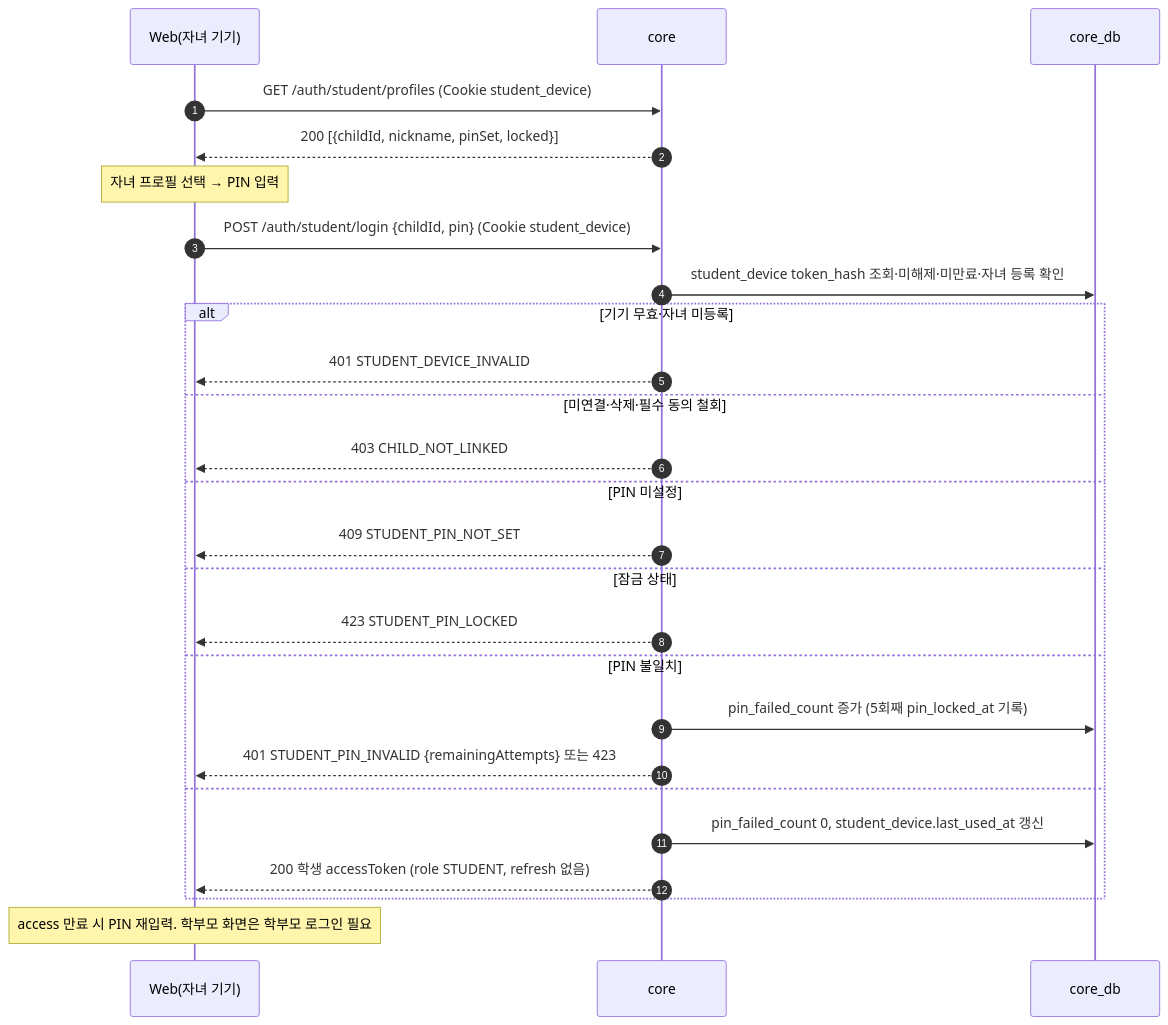
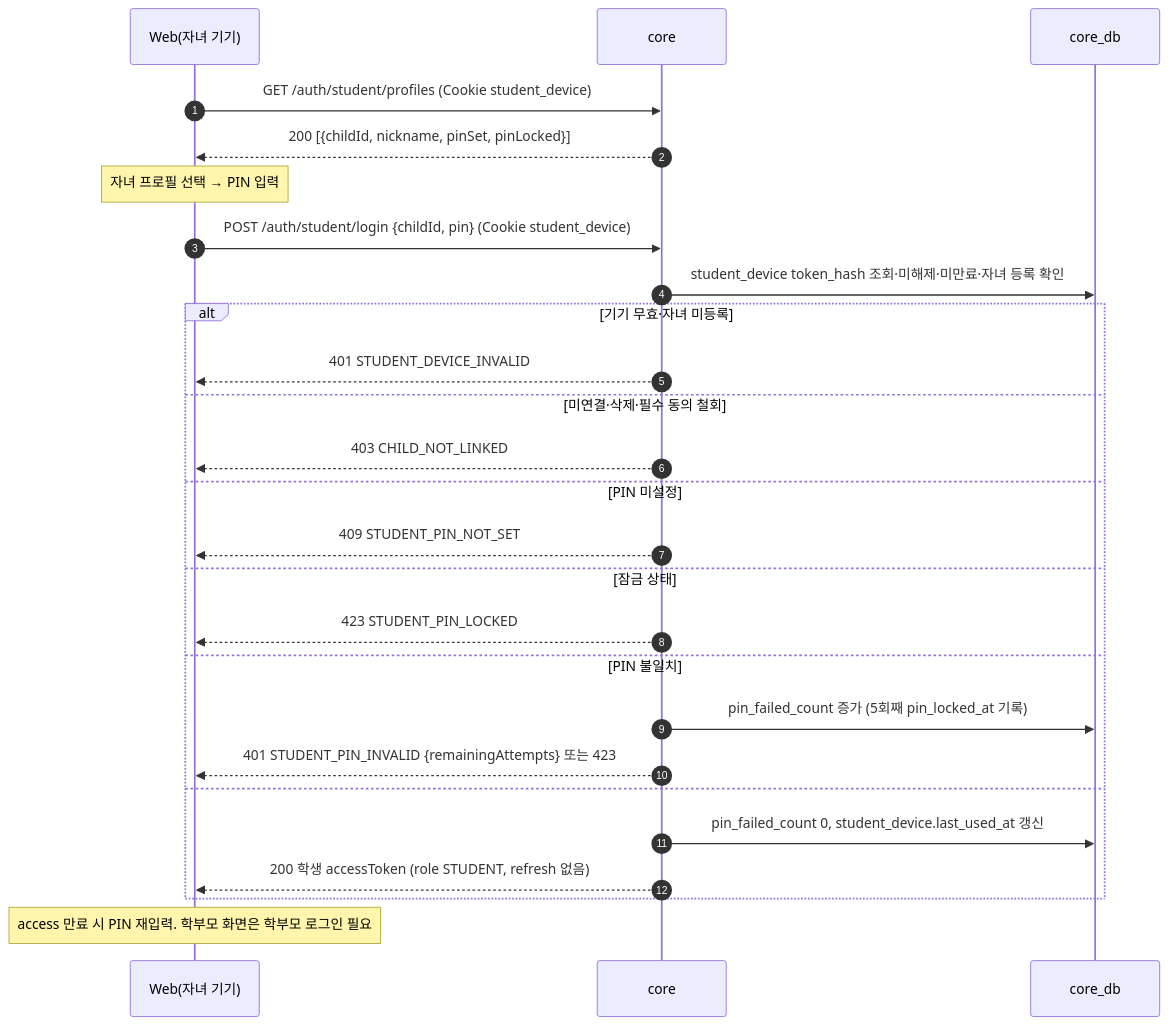
Before and after one commit to SKNETWORKS-FAMILY-AICAMP/SKN34-FINAL-3TEAM: the sixth of 21 diagrams in docs/design/sequence-diagram.md, drawn with Mermaid. The commit also changed other lines of this file and 14 other files, not shown here.

````diff
--- a/docs/design/sequence-diagram.md
+++ b/docs/design/sequence-diagram.md
@@ -191,29 +191,29 @@
 ```mermaid
 sequenceDiagram
   autonumber
   participant K as Web(자녀 기기)
   participant C as core
   participant DB as core_db
 
   K->>C: GET /auth/student/profiles (Cookie student_device)
-  C-->>K: 200 [{childId, nickname, pinSet, locked}]
+  C-->>K: 200 [{childId, nickname, pinSet, pinLocked}]
   Note over K: 자녀 프로필 선택 → PIN 입력
   K->>C: POST /auth/student/login {childId, pin} (Cookie student_device)
   C->>DB: student_device token_hash 조회·미해제·미만료·자녀 등록 확인
   alt 기기 무효·자녀 미등록
     C-->>K: 401 STUDENT_DEVICE_INVALID
   else 미연결·삭제·필수 동의 철회
     C-->>K: 403 CHILD_NOT_LINKED
   else PIN 미설정
     C-->>K: 409 STUDENT_PIN_NOT_SET
   else 잠금 상태
     C-->>K: 423 STUDENT_PIN_LOCKED
   else PIN 불일치
     C->>DB: pin_failed_count 증가 (5회째 pin_locked_at 기록)
     C-->>K: 401 STUDENT_PIN_INVALID {remainingAttempts} 또는 423
   else
     C->>DB: pin_failed_count 0, student_device.last_used_at 갱신
     C-->>K: 200 학생 accessToken (role STUDENT, refresh 없음)
   end
   Note over K: access 만료 시 PIN 재입력. 학부모 화면은 학부모 로그인 필요
 ```
````
